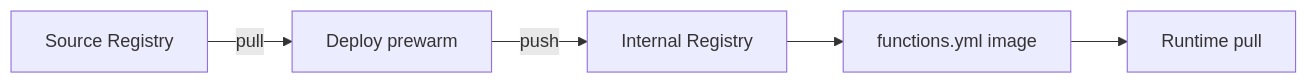
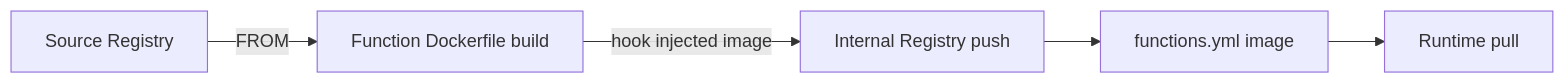
Before and after one commit to poruru-code/esb-cli: the third of 3 diagrams in docs/container-management.md, drawn with Mermaid. The commit also changed other lines of this file and 22 other files, not shown here.

Commit message:
refactor: remove prewarm and image-import workflows

````diff
--- a/docs/container-management.md
+++ b/docs/container-management.md
@@ -66,7 +67,7 @@
 ```mermaid
 flowchart LR
-    A[Source Registry] -->|pull| B[Deploy prewarm]
-    B -->|push| C[Internal Registry]
+    A[Source Registry] -->|FROM| B[Function Dockerfile build]
+    B -->|hook injected image| C[Internal Registry push]
     C --> D[functions.yml image]
     D --> E[Runtime pull]
 ```
````
